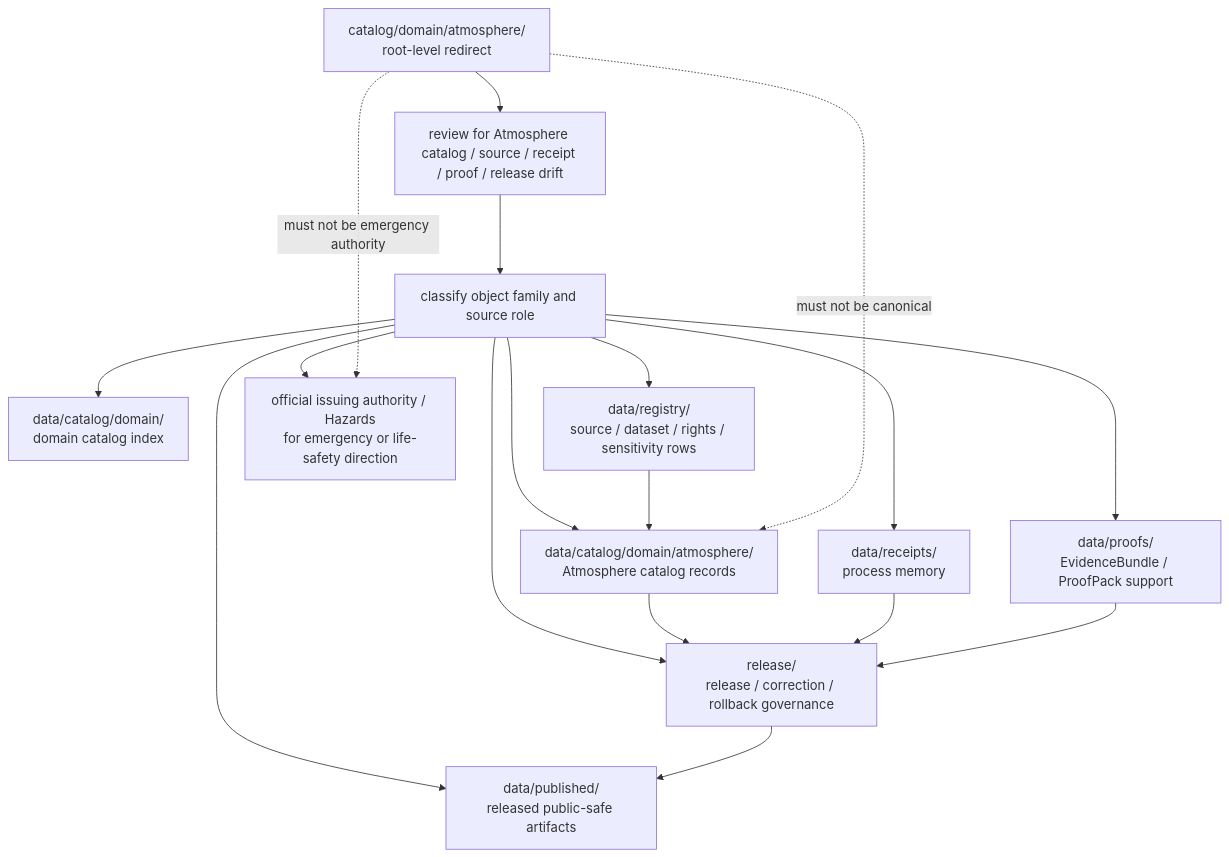
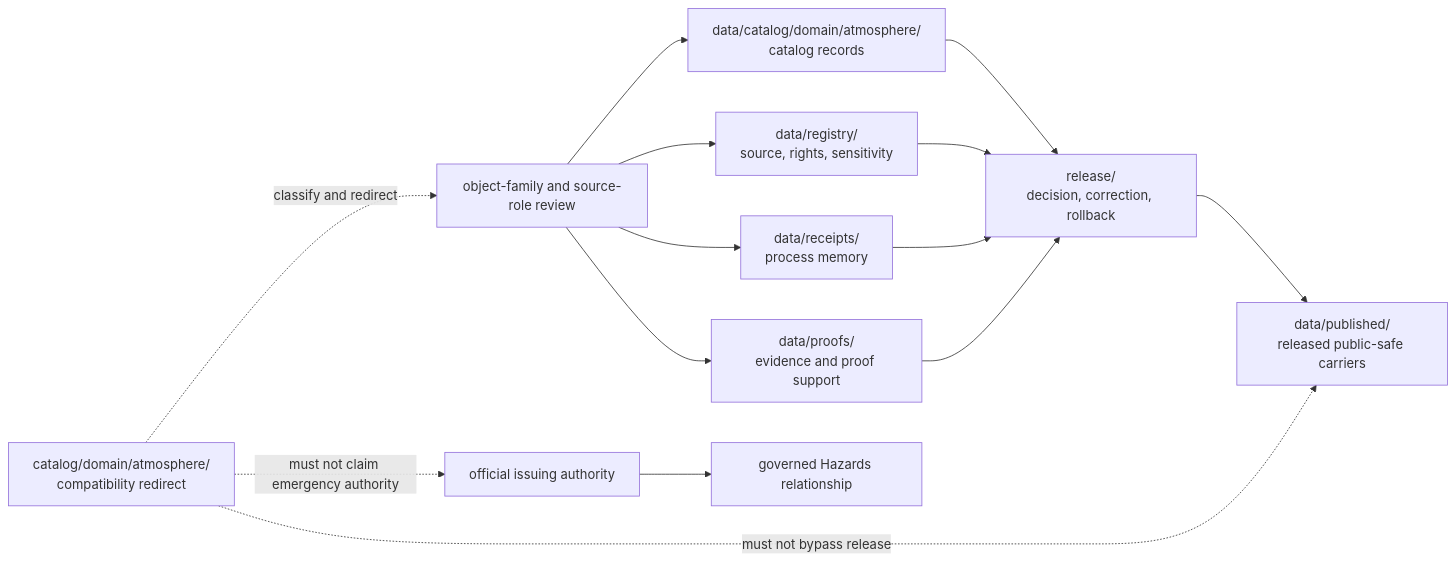
Before and after one commit to bartytime4life/Kansas-Frontier-Matrix: the diagram in catalog/domain/atmosphere/README.md, drawn with Mermaid. The commit also changed other lines of this file, not shown here.

Commit message:
Modernize atmosphere catalog compatibility README

````diff
--- a/catalog/domain/atmosphere/README.md
+++ b/catalog/domain/atmosphere/README.md
@@ -365,20 +305,16 @@
 ```mermaid
-flowchart TD
-    wrong["catalog/domain/atmosphere/\nroot-level redirect"] --> review["review for Atmosphere catalog / source / receipt / proof / release drift"]
-    review --> classify["classify object family and source role"]
-    classify --> atmosphereCatalog["data/catalog/domain/atmosphere/\nAtmosphere catalog records"]
-    classify --> domainCatalog["data/catalog/domain/\ndomain catalog index"]
-    classify --> registry["data/registry/\nsource / dataset / rights / sensitivity rows"]
-    classify --> receipts["data/receipts/\nprocess memory"]
-    classify --> proofs["data/proofs/\nEvidenceBundle / ProofPack support"]
-    classify --> release["release/\nrelease / correction / rollback governance"]
-    classify --> published["data/published/\nreleased public-safe artifacts"]
-    classify --> official["official issuing authority / Hazards\nfor emergency or life-safety direction"]
-    atmosphereCatalog --> release
-    registry --> atmosphereCatalog
-    receipts --> release
-    proofs --> release
-    release --> published
-    wrong -. "must not be canonical" .-> atmosphereCatalog
-    wrong -. "must not be emergency authority" .-> official
+flowchart LR
+    LEGACY["catalog/domain/atmosphere/<br/>compatibility redirect"] -. "classify and redirect" .-> REVIEW["object-family and source-role review"]
+    REVIEW --> CATALOG["data/catalog/domain/atmosphere/<br/>catalog records"]
+    REVIEW --> REGISTRY["data/registry/<br/>source, rights, sensitivity"]
+    REVIEW --> RECEIPTS["data/receipts/<br/>process memory"]
+    REVIEW --> PROOFS["data/proofs/<br/>evidence and proof support"]
+    CATALOG --> RELEASE["release/<br/>decision, correction, rollback"]
+    REGISTRY --> RELEASE
+    RECEIPTS --> RELEASE
+    PROOFS --> RELEASE
+    RELEASE --> PUBLISHED["data/published/<br/>released public-safe carriers"]
+    OFFICIAL["official issuing authority"] --> HAZARDS["governed Hazards relationship"]
+    LEGACY -. "must not bypass release" .-> PUBLISHED
+    LEGACY -. "must not claim emergency authority" .-> OFFICIAL
 ```
````
